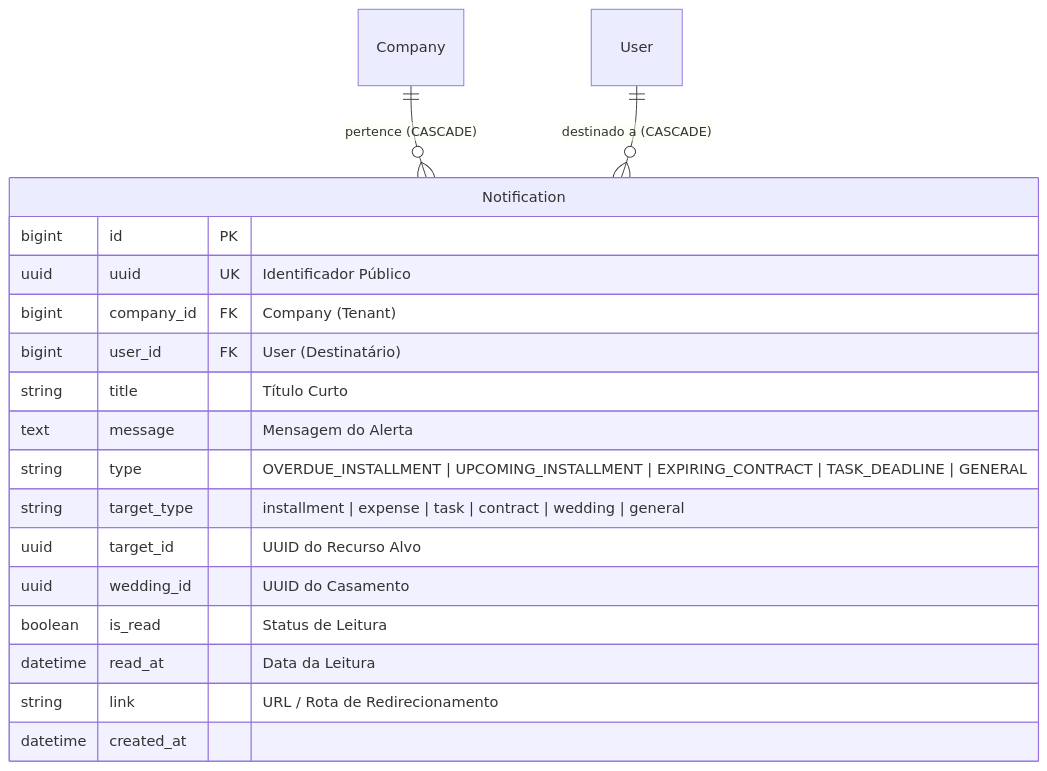
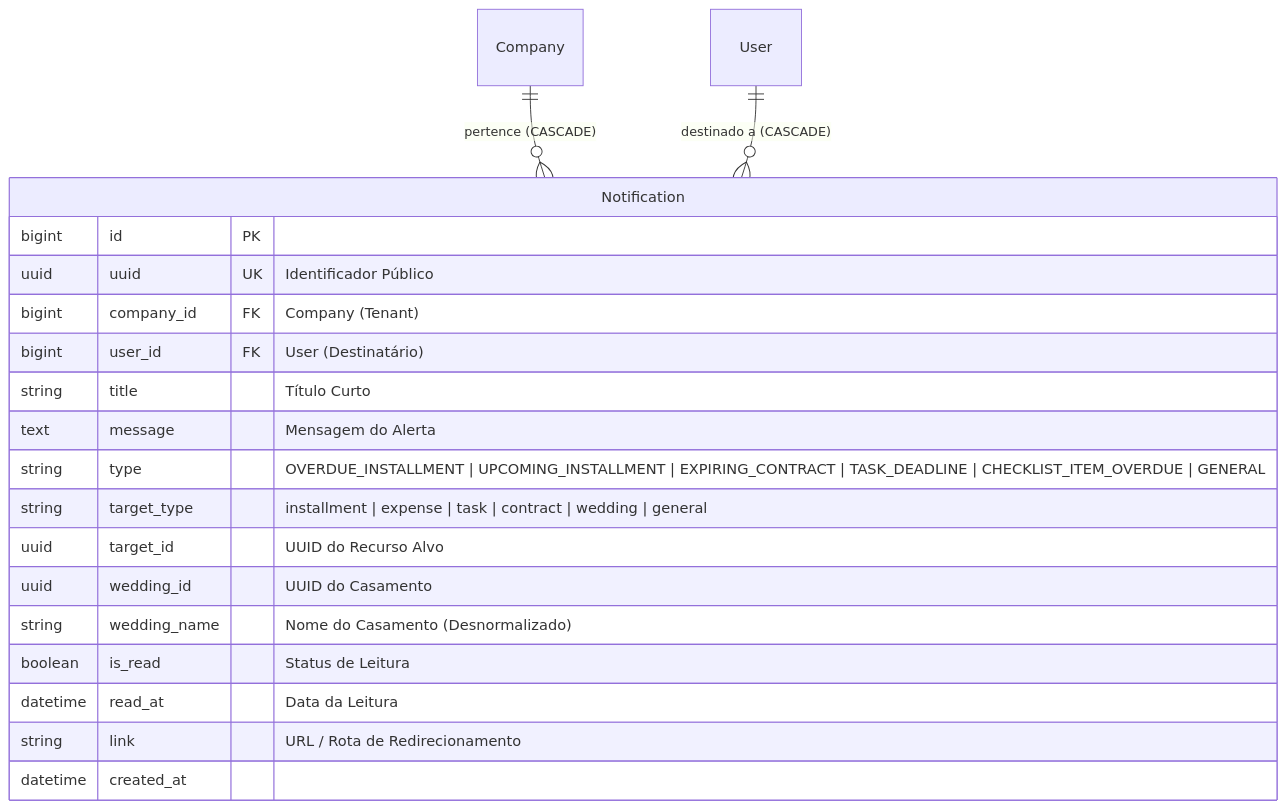
The first of 2 diagrams in docs/architecture/domains/notifications-domain.md (Rafaelp122/wedding_management), drawn with Mermaid before and after one commit. The commit also changed other lines of this file and 40 other files, not shown here.

````diff
--- a/docs/architecture/domains/notifications-domain.md
+++ b/docs/architecture/domains/notifications-domain.md
@@ -24,22 +24,23 @@
 ```mermaid
 erDiagram
     Company ||--o{ Notification : "pertence (CASCADE)"
     User ||--o{ Notification : "destinado a (CASCADE)"
 
     Notification {
         bigint id PK
         uuid uuid UK "Identificador Público"
         bigint company_id FK "Company (Tenant)"
         bigint user_id FK "User (Destinatário)"
         string title "Título Curto"
         text message "Mensagem do Alerta"
-        string type "OVERDUE_INSTALLMENT | UPCOMING_INSTALLMENT | EXPIRING_CONTRACT | TASK_DEADLINE | GENERAL"
+        string type "OVERDUE_INSTALLMENT | UPCOMING_INSTALLMENT | EXPIRING_CONTRACT | TASK_DEADLINE | CHECKLIST_ITEM_OVERDUE | GENERAL"
         string target_type "installment | expense | task | contract | wedding | general"
         uuid target_id "UUID do Recurso Alvo"
         uuid wedding_id "UUID do Casamento"
+        string wedding_name "Nome do Casamento (Desnormalizado)"
         boolean is_read "Status de Leitura"
         datetime read_at "Data da Leitura"
         string link "URL / Rota de Redirecionamento"
         datetime created_at
     }
 ```
````
